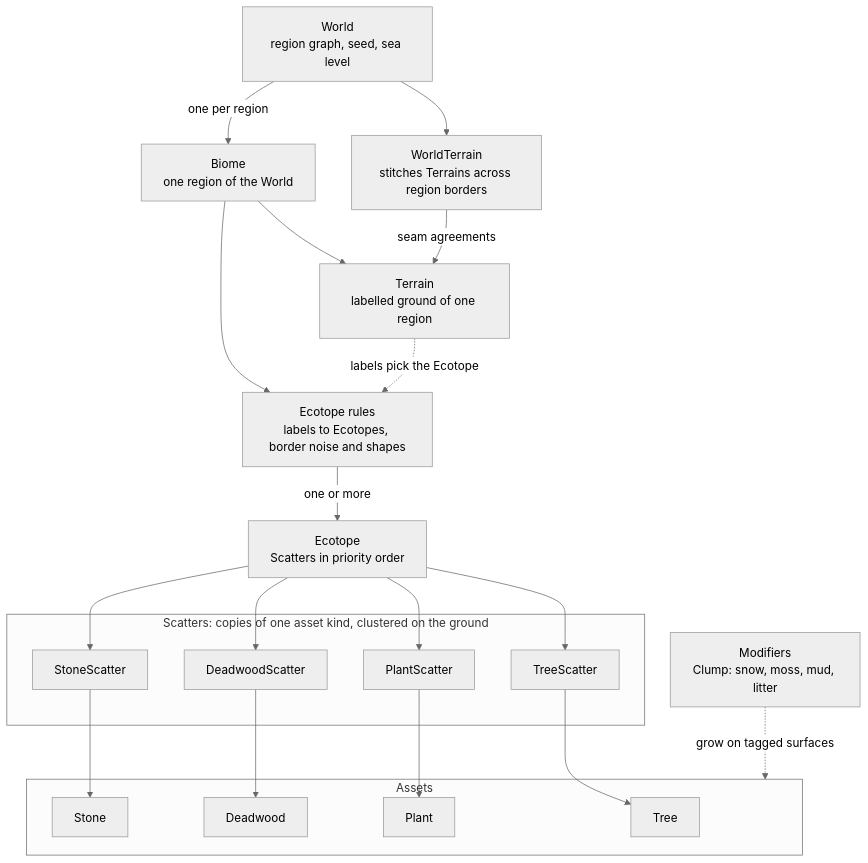
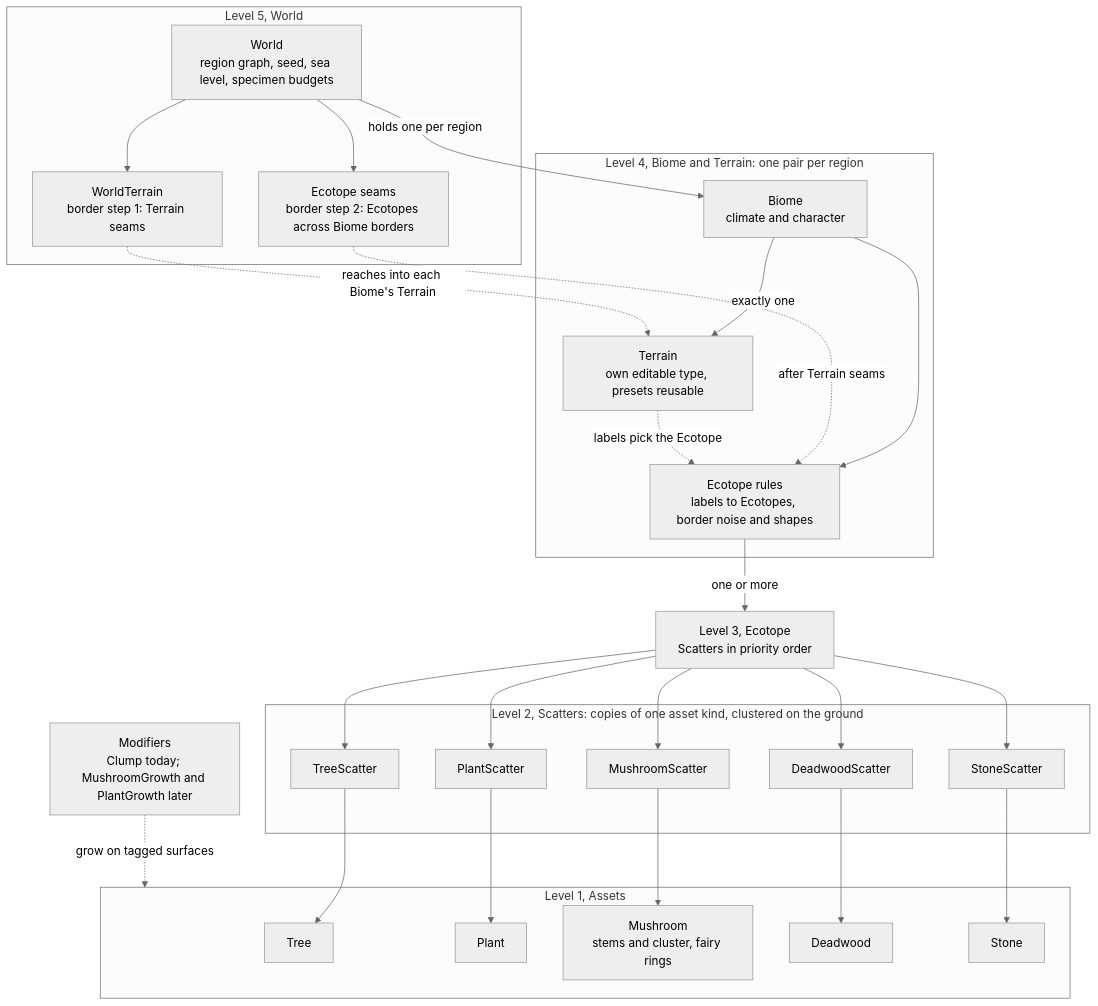
One commit to phayes/procgena changed the first of 2 diagrams in ARCHITECTURE.md. Above: the diagram before and after it, drawn with Mermaid (neutral theme). The commit also changed other lines of this file, not shown here.

Commit message:
Architecture doc is now in place

````diff
--- a/ARCHITECTURE.md
+++ b/ARCHITECTURE.md
@@ -44,42 +66,55 @@
 ```mermaid
 flowchart TD
-    World["World<br/>region graph, seed, sea level"]
-    WorldTerrain["WorldTerrain<br/>stitches Terrains across region borders"]
-    Biome["Biome<br/>one region of the World"]
-    Terrain["Terrain<br/>labelled ground of one region"]
-    Rules["Ecotope rules<br/>labels to Ecotopes, border noise and shapes"]
-    Ecotope["Ecotope<br/>Scatters in priority order"]
+    subgraph WorldLevel["Level 5, World"]
+        WorldNode["World<br/>region graph, seed, sea level, specimen budgets"]
+        WorldTerrain["WorldTerrain<br/>border step 1: Terrain seams"]
+        EcotopeSeams["Ecotope seams<br/>border step 2: Ecotopes across Biome borders"]
+    end
 
-    subgraph Scatters["Scatters: copies of one asset kind, clustered on the ground"]
+    subgraph BiomeLevel["Level 4, Biome and Terrain: one pair per region"]
+        Biome["Biome<br/>climate and character"]
+        Terrain["Terrain<br/>own editable type, presets reusable"]
+        Rules["Ecotope rules<br/>labels to Ecotopes, border noise and shapes"]
+    end
+
+    Ecotope["Level 3, Ecotope<br/>Scatters in priority order"]
+
+    subgraph Scatters["Level 2, Scatters: copies of one asset kind, clustered on the ground"]
         TreeScatter["TreeScatter"]
         PlantScatter["PlantScatter"]
+        MushroomScatter["MushroomScatter"]
         DeadwoodScatter["DeadwoodScatter"]
         StoneScatter["StoneScatter"]
     end
 
-    subgraph Assets["Assets"]
+    subgraph Assets["Level 1, Assets"]
         Tree["Tree"]
         Plant["Plant"]
+        Mushroom["Mushroom<br/>stems and cluster, fairy rings"]
         Deadwood["Deadwood"]
         Stone["Stone"]
     end
 
-    Modifiers["Modifiers<br/>Clump: snow, moss, mud, litter"]
+    Modifiers["Modifiers<br/>Clump today; MushroomGrowth and PlantGrowth later"]
 
-    World --> WorldTerrain
-    World -->|"one per region"| Biome
-    WorldTerrain -->|"seam agreements"| Terrain
-    Biome --> Terrain
+    WorldNode -->|"holds one per region"| Biome
+    WorldNode --> WorldTerrain
+    WorldNode --> EcotopeSeams
+    Biome -->|"exactly one"| Terrain
     Biome --> Rules
+    WorldTerrain -.->|"reaches into each Biome's Terrain"| Terrain
+    EcotopeSeams -.->|"after Terrain seams"| Rules
+    Terrain -.->|"labels pick the Ecotope"| Rules
     Rules -->|"one or more"| Ecotope
-    Terrain -.->|"labels pick the Ecotope"| Rules
     Ecotope --> TreeScatter
     Ecotope --> PlantScatter
+    Ecotope --> MushroomScatter
     Ecotope --> DeadwoodScatter
     Ecotope --> StoneScatter
     TreeScatter --> Tree
     PlantScatter --> Plant
+    MushroomScatter --> Mushroom
     DeadwoodScatter --> Deadwood
     StoneScatter --> Stone
     Modifiers -.->|"grow on tagged surfaces"| Assets
 ```
````
